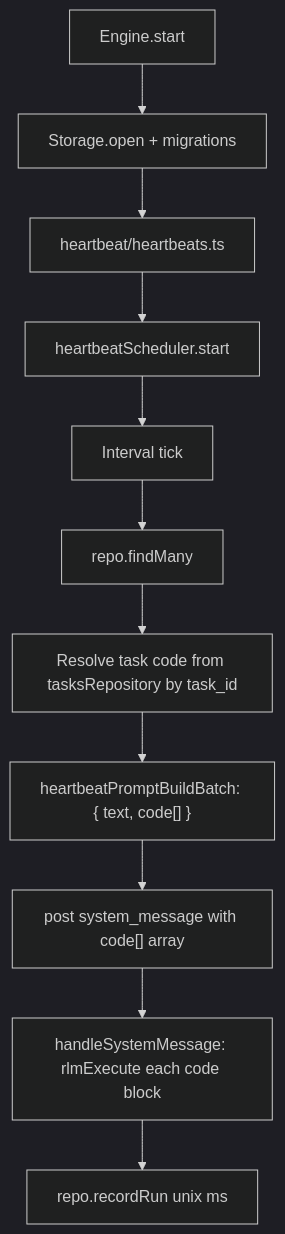
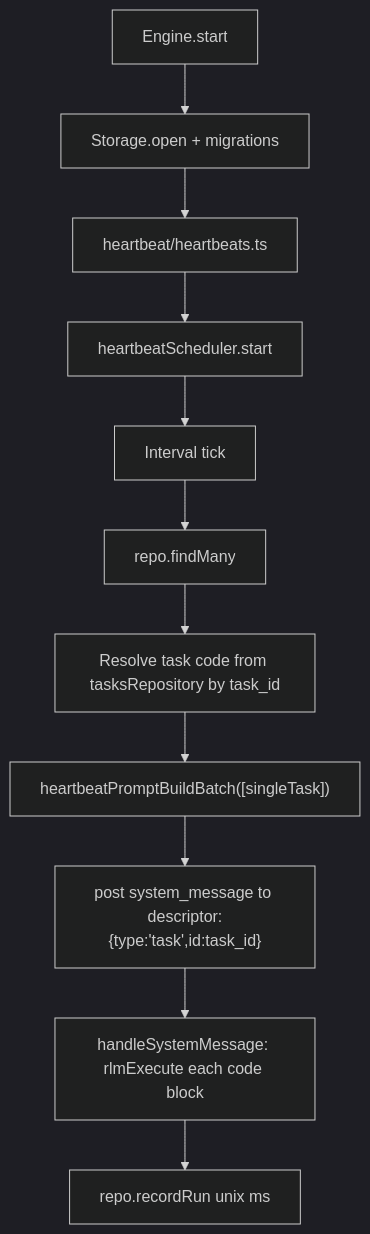
One commit to ex3ndr/daycare changed the diagram in packages/daycare/sources/engine/heartbeat/README.md. Above: the diagram before and after it, drawn with Mermaid (dark theme). The commit also changed other lines of this file and 25 other files, not shown here.

Commit message:
feat(daycare): add task descriptor defaults for trigger agents

````diff
--- a/packages/daycare/sources/engine/heartbeat/README.md
+++ b/packages/daycare/sources/engine/heartbeat/README.md
@@ -30,13 +30,13 @@
 ```mermaid
 flowchart TD
   Engine[Engine.start] --> Storage[Storage.open + migrations]
   Storage --> Heartbeats[heartbeat/heartbeats.ts]
   Heartbeats --> Scheduler[heartbeatScheduler.start]
   Scheduler --> Tick[Interval tick]
   Tick --> Load[repo.findMany]
   Load --> Resolve["Resolve task code from tasksRepository by task_id"]
-  Resolve --> Batch["heartbeatPromptBuildBatch: { text, code[] }"]
-  Batch --> AgentSystem["post system_message with code[] array"]
+  Resolve --> Build["heartbeatPromptBuildBatch([singleTask])"]
+  Build --> AgentSystem["post system_message to descriptor:{type:'task',id:task_id}"]
   AgentSystem --> RLM["handleSystemMessage: rlmExecute each code block"]
   RLM --> Record[repo.recordRun unix ms]
 ```
````
